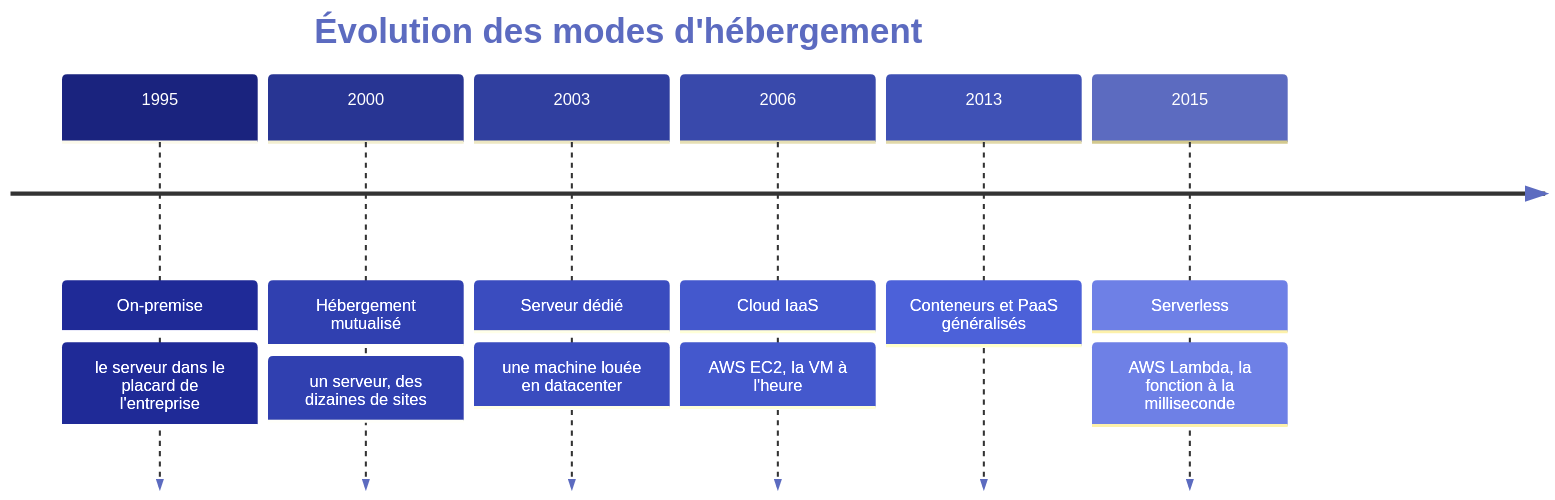
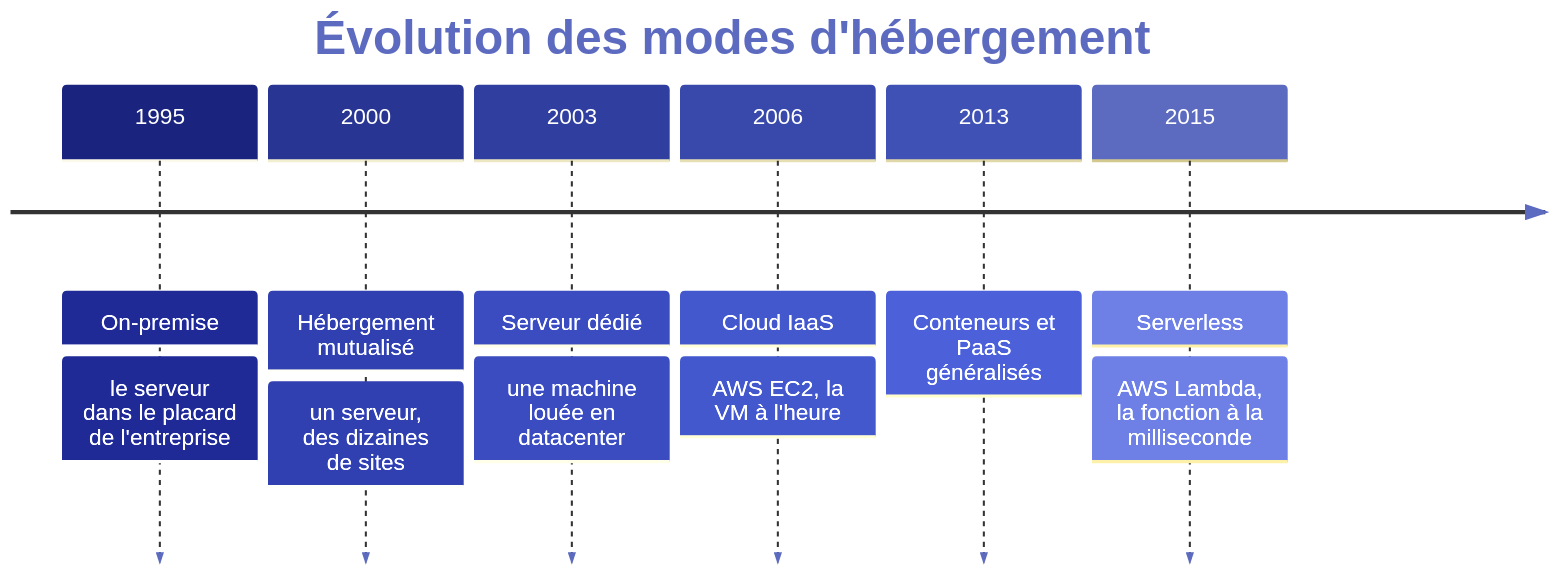
Before and after one commit to menraromial/ingenierie-deploiement: the second of 2 diagrams in docs/semestre1/bloc1/cours/01-anatomie-serveur.md, drawn with Mermaid. The commit also changed other lines of this file and 11 other files, not shown here.

Commit message:
Bascule du Bloc 1 sur Ubuntu Server 24.04 LTS (installateur Subiquity, PostgreSQL 16), URL ISO et agrandissement de la timeline

````diff
--- a/docs/semestre1/bloc1/cours/01-anatomie-serveur.md
+++ b/docs/semestre1/bloc1/cours/01-anatomie-serveur.md
@@ -114,19 +114,20 @@
 ```mermaid
 %%{init: {'theme': 'base', 'themeVariables': {
+  'fontSize': '22px',
   'cScale0': '#1a237e', 'cScaleLabel0': '#ffffff',
   'cScale1': '#283593', 'cScaleLabel1': '#ffffff',
   'cScale2': '#303f9f', 'cScaleLabel2': '#ffffff',
   'cScale3': '#3949ab', 'cScaleLabel3': '#ffffff',
   'cScale4': '#3f51b5', 'cScaleLabel4': '#ffffff',
   'cScale5': '#5c6bc0', 'cScaleLabel5': '#ffffff',
   'textColor': '#5c6bc0', 'titleColor': '#5c6bc0'
 }}}%%
 timeline
     title Évolution des modes d'hébergement
     1995 : On-premise : le serveur dans le placard de l'entreprise
     2000 : Hébergement mutualisé : un serveur, des dizaines de sites
     2003 : Serveur dédié : une machine louée en datacenter
     2006 : Cloud IaaS : AWS EC2, la VM à l'heure
     2013 : Conteneurs et PaaS généralisés
     2015 : Serverless : AWS Lambda, la fonction à la milliseconde
 ```
````
